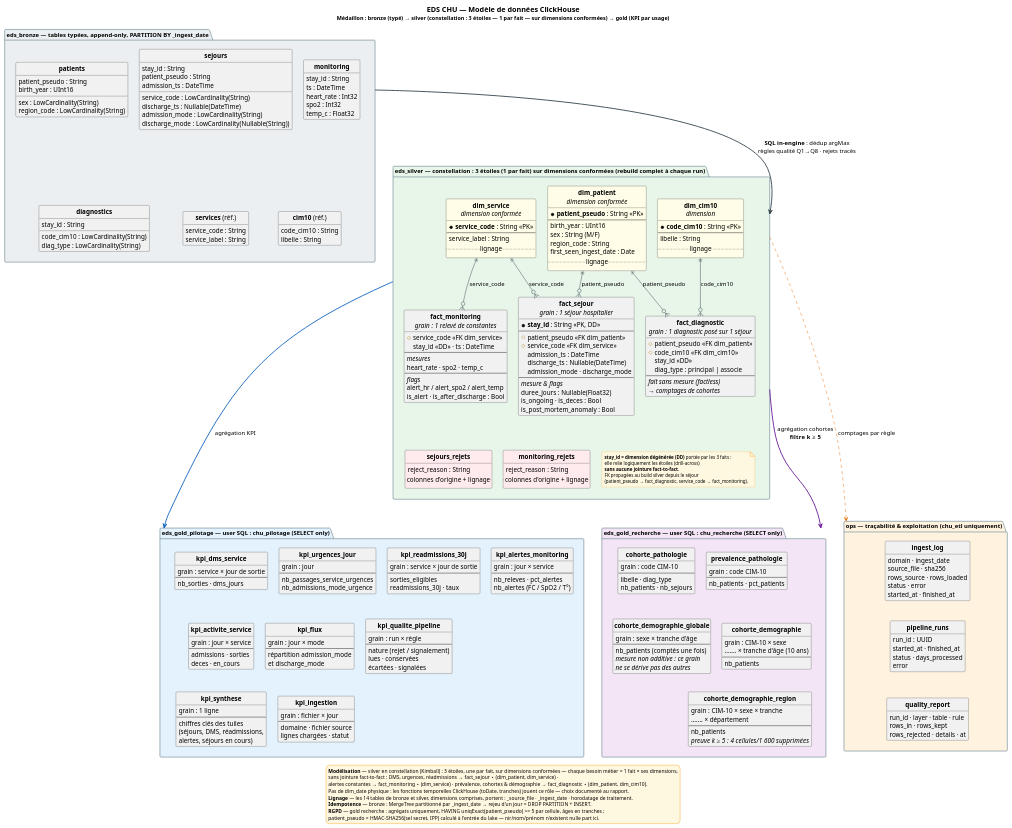
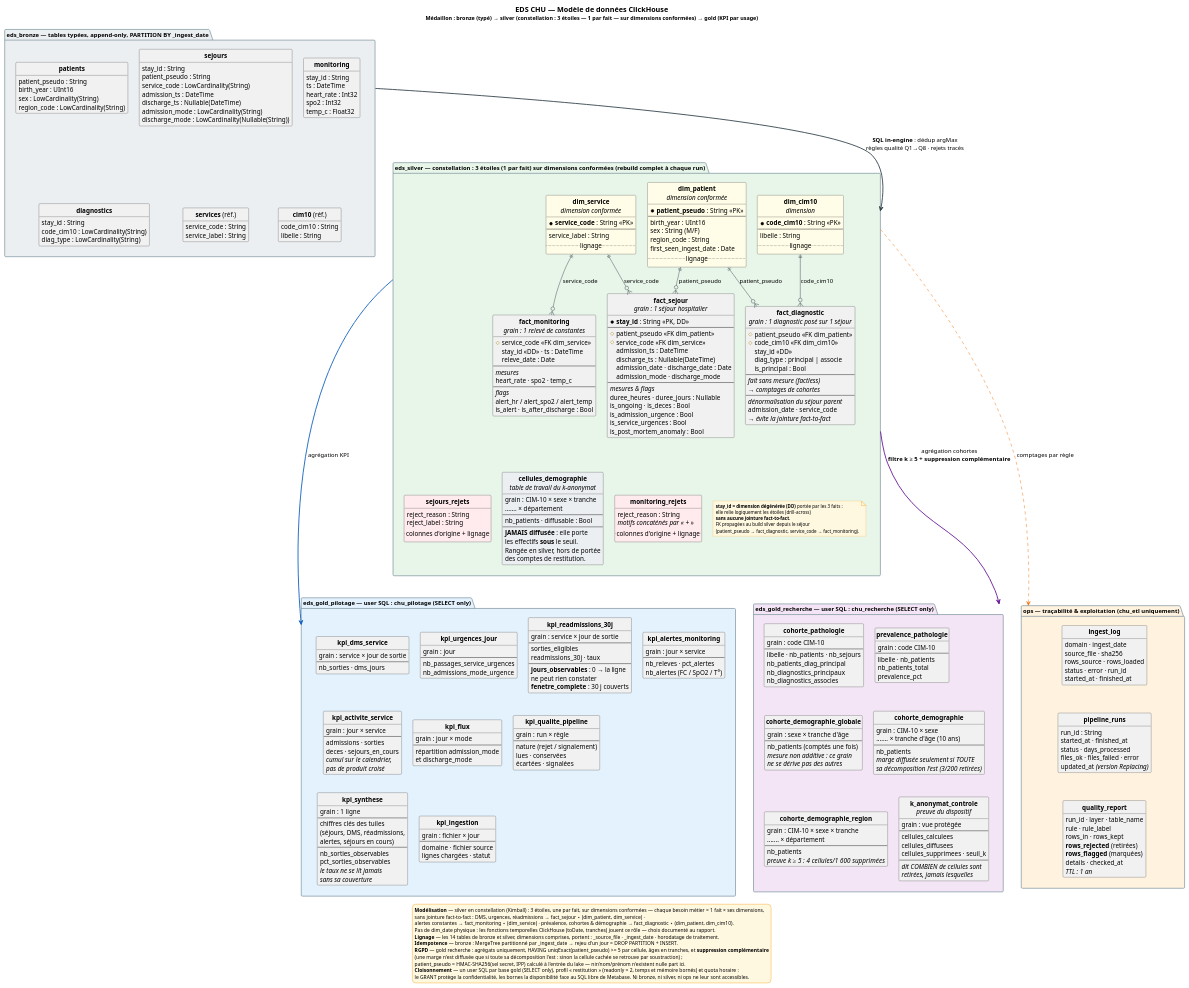
One commit to RaptorZ99/BigData changed the diagram in docs/data-model.puml. Above: the diagram before and after it, drawn with PlantUML. The commit also changed 5 other files, not shown here.

First line of the commit message:
fix(docs): le diagramme du modèle ne décrivait plus l'entrepôt

```diff
--- a/docs/data-model.puml
+++ b/docs/data-model.puml
@@ -36,24 +36,24 @@
   entity "**patients**" as b_patients {
     patient_pseudo : String
     birth_year : UInt16
-    sex : LowCardinality(String)
-    region_code : LowCardinality(String)
+    {field} sex : LowCardinality(String)
+    {field} region_code : LowCardinality(String)
   }
 
   entity "**sejours**" as b_sejours {
     stay_id : String
     patient_pseudo : String
-    service_code : LowCardinality(String)
+    {field} service_code : LowCardinality(String)
     admission_ts : DateTime
-    discharge_ts : Nullable(DateTime)
-    admission_mode : LowCardinality(String)
-    discharge_mode : LowCardinality(Nullable(String))
+    {field} discharge_ts : Nullable(DateTime)
+    {field} admission_mode : LowCardinality(String)
+    {field} discharge_mode : LowCardinality(Nullable(String))
   }
 
   entity "**diagnostics**" as b_diagnostics {
     stay_id : String
-    code_cim10 : LowCardinality(String)
-    diag_type : LowCardinality(String)
+    {field} code_cim10 : LowCardinality(String)
+    {field} diag_type : LowCardinality(String)
   }
 
   entity "**monitoring**" as b_monitoring {
@@ -89,7 +89,7 @@
     * **patient_pseudo** : String <<PK>>
     --
     birth_year : UInt16
-    sex : String (M/F)
+    {field} sex : String (M/F)
     region_code : String
     first_seen_ingest_date : Date
     ..lignage..
@@ -105,6 +105,7 @@
   entity "**fact_monitoring**\n<i>grain : 1 relevé de constantes</i>" as fact_monitoring {
     # service_code <<FK dim_service>>
     stay_id <<DD>> · ts : DateTime
+    releve_date : Date
     --
     <i>mesures</i>
     heart_rate · spo2 · temp_c
@@ -120,12 +121,15 @@
     # patient_pseudo <<FK dim_patient>>
     # service_code <<FK dim_service>>
     admission_ts : DateTime
-    discharge_ts : Nullable(DateTime)
+    {field} discharge_ts : Nullable(DateTime)
+    admission_date · discharge_date : Date
     admission_mode · discharge_mode
     --
-    <i>mesure & flags</i>
-    duree_jours : Nullable(Float32)
+    <i>mesures & flags</i>
+    duree_heures · duree_jours : Nullable
     is_ongoing · is_deces : Bool
+    is_admission_urgence : Bool
+    is_service_urgences : Bool
     is_post_mortem_anomaly : Bool
   }
 
@@ -134,19 +138,38 @@
     # code_cim10 <<FK dim_cim10>>
     stay_id <<DD>>
     diag_type : principal | associe
+    is_principal : Bool
     --
-    <i>fait sans mesure (factless)</i>
+    {field} <i>fait sans mesure (factless)</i>
     <i>→ comptages de cohortes</i>
+    --
+    <i>dénormalisation du séjour parent</i>
+    admission_date · service_code
+    <i>→ évite la jointure fact-to-fact</i>
   }
 
   entity "**sejours_rejets**" as s_sejours_rejets #FFEBEE {
     reject_reason : String
+    reject_label : String
     ..colonnes d'origine + lignage..
   }
 
   entity "**monitoring_rejets**" as s_monitoring_rejets #FFEBEE {
     reject_reason : String
+    <i>motifs concaténés par « + »</i>
     ..colonnes d'origine + lignage..
+  }
+
+  entity "**cellules_demographie**\n<i>table de travail du k-anonymat</i>" as s_cellules #ECEFF1 {
+    grain : CIM-10 × sexe × tranche
+    ....... × département
+    --
+    nb_patients · diffusable : Bool
+    --
+    <b>JAMAIS diffusée</b> : elle porte
+    les effectifs <b>sous</b> le seuil.
+    Rangée en silver, hors de portée
+    des comptes de restitution.
   }
 
   note "<b>stay_id = dimension dégénérée (DD)</b> portée par les 3 faits :\nelle relie logiquement les étoiles (drill-across)\n<b>sans aucune jointure fact-to-fact</b>.\nFK propagées au build silver depuis le séjour\n(patient_pseudo → fact_diagnostic, service_code → fact_monitoring)." as n_dd
@@ -182,20 +205,26 @@
     --
     sorties_eligibles
     readmissions_30j · taux
+    --
+    <b>jours_observables</b> : 0 → la ligne
+    ne peut rien constater
+    <b>fenetre_complete</b> : 30 j couverts
   }
 
   entity "**kpi_alertes_monitoring**" as g_alert {
     grain : jour × service
     --
     nb_releves · pct_alertes
-    nb_alertes (FC / SpO2 / T°)
+    {field} nb_alertes (FC / SpO2 / T°)
   }
 
   entity "**kpi_activite_service**" as g_act {
     grain : jour × service
     --
     admissions · sorties
-    deces · en_cours
+    deces · sejours_en_cours
+    <i>cumul sur le calendrier,</i>
+    <i>pas de produit croisé</i>
   }
 
   entity "**kpi_flux**" as g_flux {
@@ -208,7 +237,7 @@
   entity "**kpi_qualite_pipeline**" as g_qual {
     grain : run × règle
     --
-    nature (rejet / signalement)
+    {field} nature (rejet / signalement)
     lues · conservées
     écartées · signalées
   }
@@ -217,8 +246,13 @@
     grain : 1 ligne
     --
     chiffres clés des tuiles
-    (séjours, DMS, réadmissions,
+    {field} (séjours, DMS, réadmissions,
     alertes, séjours en cours)
+    --
+    nb_sorties_observables
+    pct_sorties_observables
+    <i>le taux ne se lit jamais</i>
+    <i>sans sa couverture</i>
   }
 
   entity "**kpi_ingestion**" as g_ing {
@@ -235,20 +269,24 @@
   entity "**cohorte_pathologie**" as g_cohorte {
     grain : code CIM-10
     --
-    libelle · diag_type
-    nb_patients · nb_sejours
+    libelle · nb_patients · nb_sejours
+    nb_patients_diag_principal
+    nb_diagnostics_principaux
+    nb_diagnostics_associes
   }
 
   entity "**prevalence_pathologie**" as g_preval {
     grain : code CIM-10
     --
-    nb_patients · pct_patients
+    libelle · nb_patients
+    nb_patients_total
+    prevalence_pct
   }
 
   entity "**cohorte_demographie_globale**" as g_demo_glob {
     grain : sexe × tranche d'âge
     --
-    nb_patients (comptés une fois)
+    {field} nb_patients (comptés une fois)
     <i>mesure non additive : ce grain</i>
     <i>ne se dérive pas des autres</i>
   }
@@ -258,6 +296,8 @@
     ....... × tranche d'âge (10 ans)
     --
     nb_patients
+    <i>marge diffusée seulement si TOUTE</i>
+    {field} <i>sa décomposition l'est (3/200 retirées)</i>
   }
 
   entity "**cohorte_demographie_region**" as g_demo_reg {
@@ -266,6 +306,17 @@
     --
     nb_patients
     <i>preuve k ≥ 5 : 4 cellules/1 600 supprimées</i>
+  }
+
+  entity "**k_anonymat_controle**\n<i>preuve du dispositif</i>" as g_kanon {
+    grain : vue protégée
+    --
+    cellules_calculees
+    cellules_diffusees
+    cellules_supprimees · seuil_k
+    --
+    <i>dit COMBIEN de cellules sont</i>
+    <i>retirées, jamais lesquelles</i>
   }
 }
 
@@ -276,28 +327,33 @@
     domain · ingest_date
     source_file · sha256
     rows_source · rows_loaded
-    status · error
+    status · error · run_id
     started_at · finished_at
   }
 
   entity "**pipeline_runs**" as o_runs {
-    run_id : UUID
+    run_id : String
     started_at · finished_at
     status · days_processed
-    error
+    files_ok · files_failed · error
+    {field} updated_at <i>(version Replacing)</i>
   }
 
   entity "**quality_report**" as o_quality {
-    run_id · layer · table · rule
+    run_id · layer · table_name
+    rule · rule_label
     rows_in · rows_kept
-    rows_rejected · details · at
+    {field} <b>rows_rejected</b> (retirées)
+    {field} <b>rows_flagged</b> (marquées)
+    details · checked_at
+    <i>TTL : 1 an</i>
   }
 }
 
 ' ══════════════════ FLUX ENTRE COUCHES ══════════════════════
 bronze -[#37474F,bold]down-> silver : <b>SQL in-engine</b> : dédup argMax\nrègles qualité Q1→Q8 · rejets tracés
 silver -[#1565C0,bold]down-> gold_p : agrégation KPI
-silver -[#6A1B9A,bold]down-> gold_r : agrégation cohortes\n<b>filtre k ≥ 5</b>
+silver -[#6A1B9A,bold]down-> gold_r : agrégation cohortes\n<b>filtre k ≥ 5 + suppression complémentaire</b>
 silver .[#EF6C00]down.> ops : comptages par règle
 
 ' ═══════════════ AIDES AU PLACEMENT (invisibles) ═════════════
@@ -317,7 +373,8 @@
 fact_sejour -[hidden]right- fact_diagnostic
 fact_monitoring -[hidden]down- s_monitoring_rejets
 s_monitoring_rejets -[hidden]right- s_sejours_rejets
-s_sejours_rejets -[hidden]right- n_dd
+s_sejours_rejets -[hidden]right- s_cellules
+s_cellules -[hidden]right- n_dd
 fact_diagnostic -[hidden]down- n_dd
 
 ' forcer la rangée gold/ops SOUS la couche silver
@@ -329,6 +386,7 @@
 g_cohorte -[hidden]down- g_demo_glob
 g_demo_glob -[hidden]right- g_demo
 g_demo -[hidden]down- g_demo_reg
+g_demo_reg -[hidden]right- g_kanon
 
 ' gold pilotage : grille 4 + 3
 g_dms -[hidden]right- g_urg
@@ -355,8 +413,11 @@
   Pas de dim_date physique : les fonctions temporelles ClickHouse (toDate, tranches) jouent ce rôle — choix documenté au rapport.
   <b>Lignage</b> — les 14 tables de bronze et silver, dimensions comprises, portent : _source_file · _ingest_date · horodatage de traitement.
   <b>Idempotence</b> — bronze : MergeTree partitionné par _ingest_date → rejeu d'un jour = DROP PARTITION + INSERT.
-  <b>RGPD</b> — gold recherche : agrégats uniquement, HAVING uniqExact(patient_pseudo) >= 5 par cellule, âges en tranches ;
+  <b>RGPD</b> — gold recherche : agrégats uniquement, HAVING uniqExact(patient_pseudo) >= 5 par cellule, âges en tranches, et <b>suppression complémentaire</b>
+  (une marge n'est diffusée que si toute sa décomposition l'est : sinon la cellule cachée se retrouve par soustraction) ;
   patient_pseudo = HMAC-SHA256(sel secret, IPP) calculé à l'entrée du lake — nir/nom/prénom n'existent nulle part ici.
+  <b>Cloisonnement</b> — un user SQL par base gold (SELECT only), profil « restitution » (readonly = 2, temps et mémoire bornés) et quota horaire :
+  le GRANT protège la confidentialité, les bornes la disponibilité face au SQL libre de Metabase. Ni bronze, ni silver, ni ops ne leur sont accessibles.
 end legend
 
 @enduml
```
